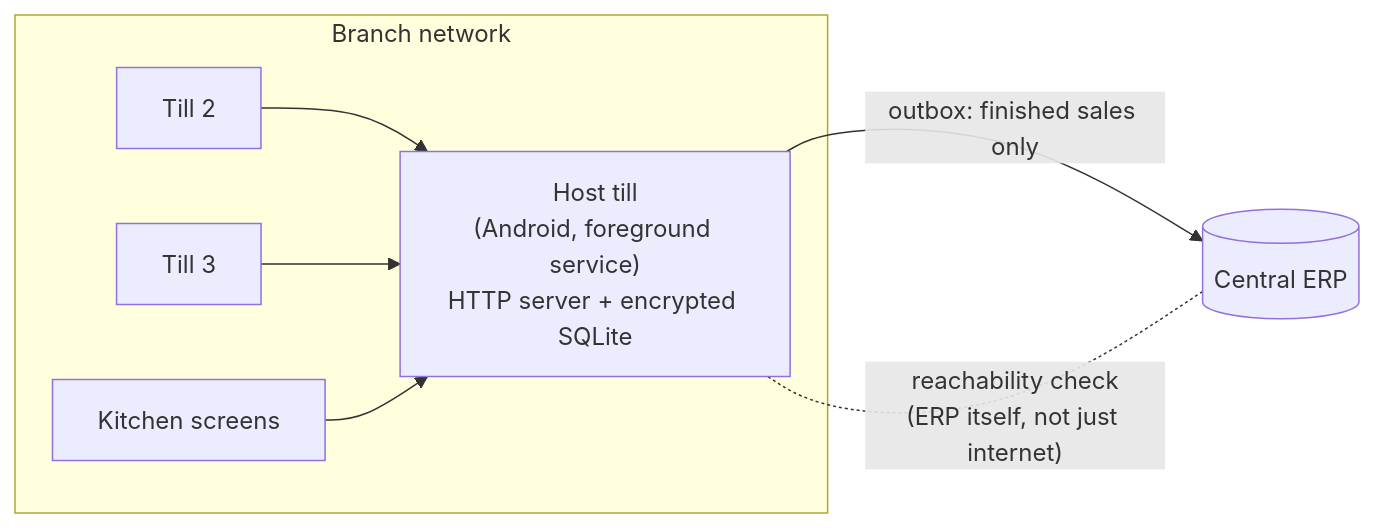
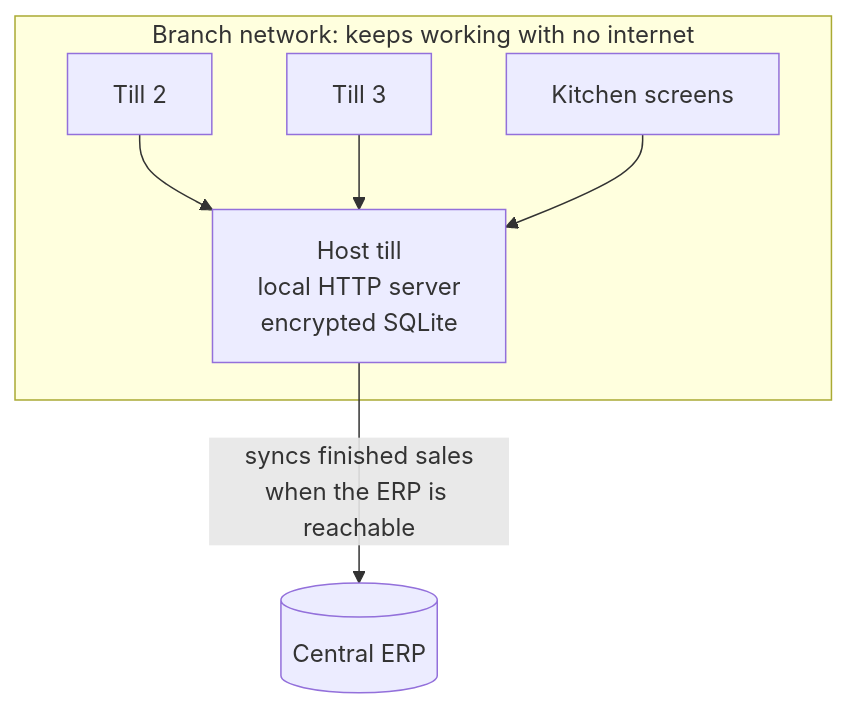
The diagram in 01-offline-lan-pos.md (Nahmeg28/engineering-case-studies), drawn with Mermaid before and after one commit. The commit also changed 1 other file, not shown here.

Commit message:
Fix diagram layout in case studies 01 and 02

````diff
--- a/01-offline-lan-pos.md
+++ b/01-offline-lan-pos.md
@@ -26,11 +26,13 @@
 ```mermaid
-flowchart LR
-    subgraph Branch["Branch network"]
-        H["Host till<br/>(Android, foreground service)<br/>HTTP server + encrypted SQLite"]
-        T1["Till 2"] --> H
-        T2["Till 3"] --> H
-        K["Kitchen screens"] --> H
+flowchart TB
+    subgraph Branch["Branch network: keeps working with no internet"]
+        T2["Till 2"]
+        T3["Till 3"]
+        K["Kitchen screens"]
+        H["Host till<br/>local HTTP server<br/>encrypted SQLite"]
+        T2 --> H
+        T3 --> H
+        K --> H
     end
-    H -- "outbox: finished sales only" --> ERP[("Central ERP")]
-    ERP -. "reachability check<br/>(ERP itself, not just internet)" .- H
+    H -->|"syncs finished sales<br/>when the ERP is reachable"| ERP[("Central ERP")]
 ```
````
